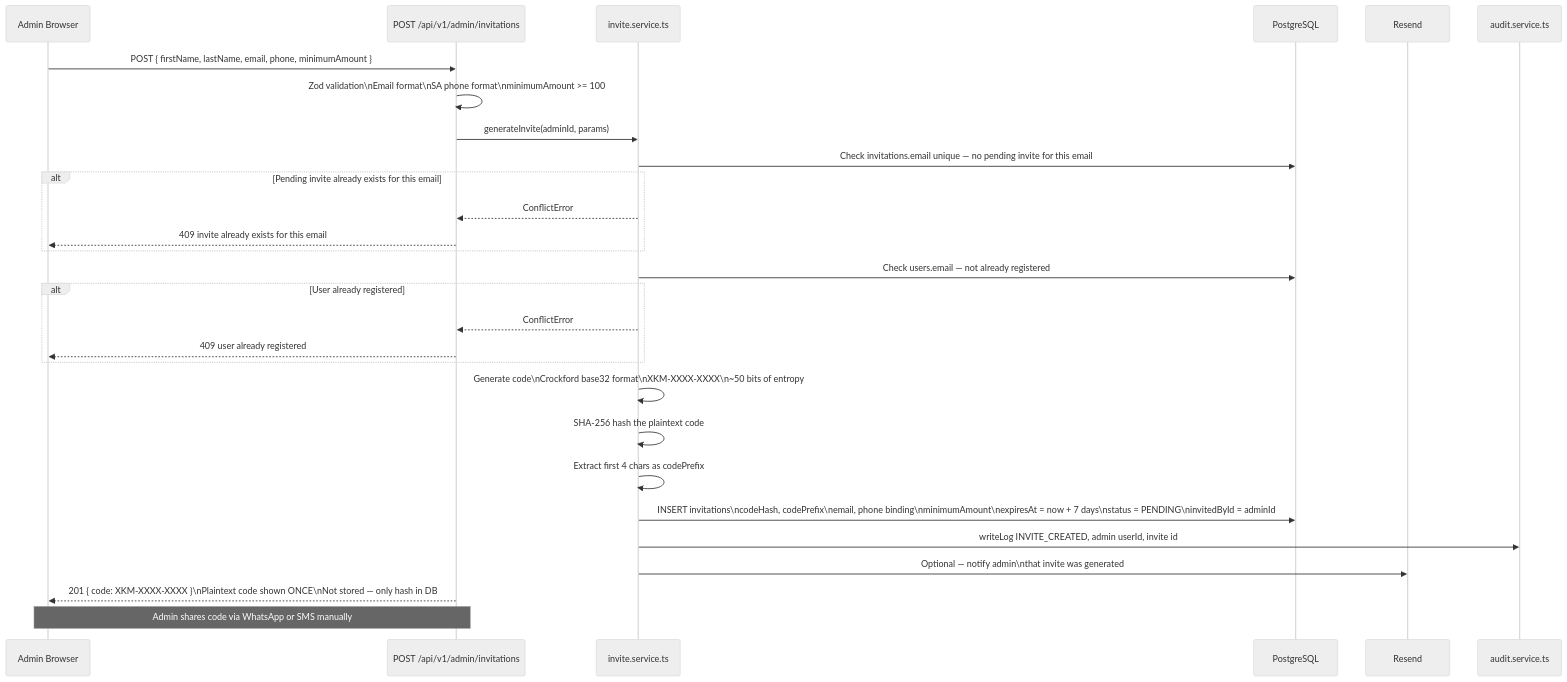
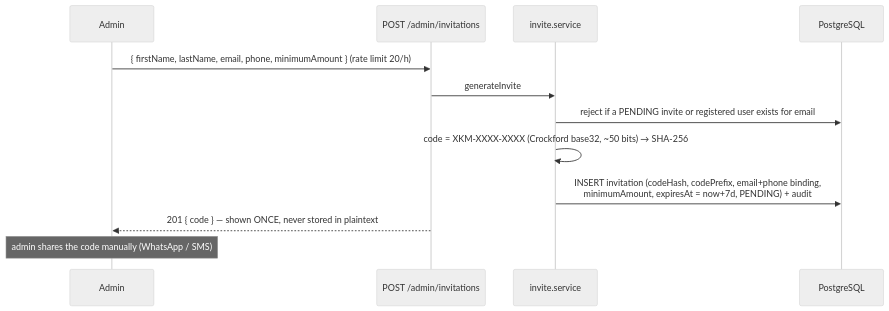
The second of 3 diagrams in docs/flows/05-invite-registration-flow.md (KSDRILL-SA/Xkimi-Xa-Mali), drawn with Mermaid (neutral theme) before and after one commit. The commit also changed other lines of this file and 4 other files, not shown here.

First line of the commit message:
docs: tighten flow diagrams and correct stale framing (#190)

````diff
--- a/docs/flows/05-invite-registration-flow.md
+++ b/docs/flows/05-invite-registration-flow.md
@@ -47,31 +26,15 @@
 ```mermaid
 sequenceDiagram
-    participant AD as Admin Browser
-    participant API as POST /api/v1/admin/invitations
-    participant SVC as invite.service.ts
+    participant AD as Admin
+    participant API as POST /admin/invitations
+    participant SVC as invite.service
     participant DB as PostgreSQL
-    participant EMAIL as Resend
-    participant AUDIT as audit.service.ts
 
-    AD->>API: POST { firstName, lastName, email, phone, minimumAmount }
-    API->>API: Zod validation\nEmail format\nSA phone format\nminimumAmount >= 100
-    API->>SVC: generateInvite(adminId, params)
-    SVC->>DB: Check invitations.email unique — no pending invite for this email
-    alt Pending invite already exists for this email
-        SVC-->>API: ConflictError
-        API-->>AD: 409 invite already exists for this email
-    end
-    SVC->>DB: Check users.email — not already registered
-    alt User already registered
-        SVC-->>API: ConflictError
-        API-->>AD: 409 user already registered
-    end
-    SVC->>SVC: Generate code\nCrockford base32 format\nXKM-XXXX-XXXX\n~50 bits of entropy
-    SVC->>SVC: SHA-256 hash the plaintext code
-    SVC->>SVC: Extract first 4 chars as codePrefix
-    SVC->>DB: INSERT invitations\ncodeHash, codePrefix\nemail, phone binding\nminimumAmount\nexpiresAt = now + 7 days\nstatus = PENDING\ninvitedById = adminId
-    SVC->>AUDIT: writeLog INVITE_CREATED, admin userId, invite id
-    SVC->>EMAIL: Optional — notify admin\nthat invite was generated
-    API-->>AD: 201 { code: XKM-XXXX-XXXX }\nPlaintext code shown ONCE\nNot stored — only hash in DB
-    Note over AD,API: Admin shares code via WhatsApp or SMS manually
+    AD->>API: { firstName, lastName, email, phone, minimumAmount } (rate limit 20/h)
+    API->>SVC: generateInvite
+    SVC->>DB: reject if a PENDING invite or registered user exists for email
+    SVC->>SVC: code = XKM-XXXX-XXXX (Crockford base32, ~50 bits) → SHA-256
+    SVC->>DB: INSERT invitation (codeHash, codePrefix, email+phone binding,<br/>minimumAmount, expiresAt = now+7d, PENDING) + audit
+    API-->>AD: 201 { code } — shown ONCE, never stored in plaintext
+    Note over AD: admin shares the code manually (WhatsApp / SMS)
 ```
````
